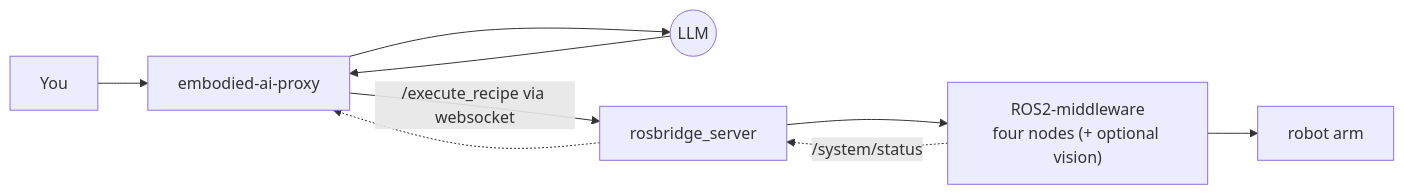
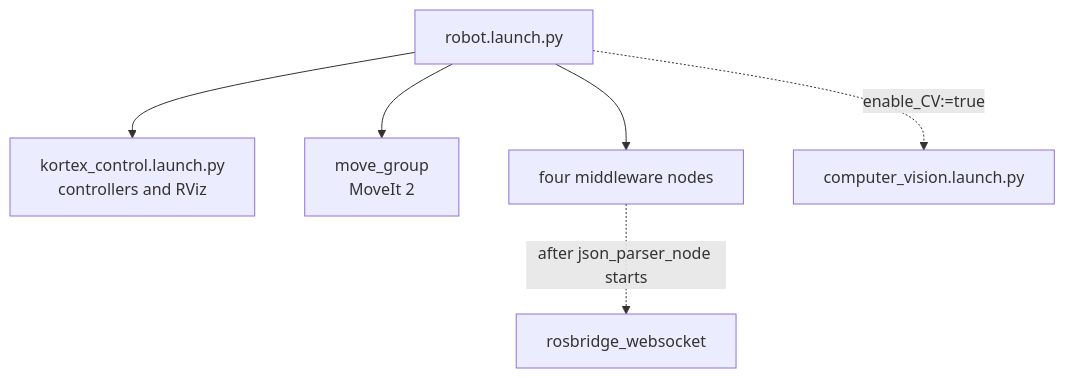
The first of 2 diagrams in docs/technical/architecture.md (Jeremy-Allan/ROS2-middleware), drawn with Mermaid before and after one commit. The commit also changed other lines of this file and 10 other files, not shown here.

````diff
--- a/docs/technical/architecture.md
+++ b/docs/technical/architecture.md
@@ -7,10 +19,8 @@
 ```mermaid
-flowchart LR
-    U["You"] --> P["embodied-ai-proxy"]
-    P --> L(("LLM"))
-    L --> P
-    P -->|"/execute_recipe via websocket"| B["rosbridge_server"]
-    B --> M["ROS2-middleware<br/>four nodes (+ optional vision)"]
-    M --> R["robot arm"]
-    M -.->|"/system/status"| B -.-> P
+flowchart TB
+    launch[robot.launch.py] --> control["kortex_control.launch.py<br/>controllers and RViz"]
+    launch --> movegroup["move_group<br/>MoveIt 2"]
+    launch --> nodes["four middleware nodes"]
+    launch -. "enable_CV:=true" .-> vision["computer_vision.launch.py"]
+    nodes -. "after json_parser_node starts" .-> bridge["rosbridge_websocket"]
 ```
````
